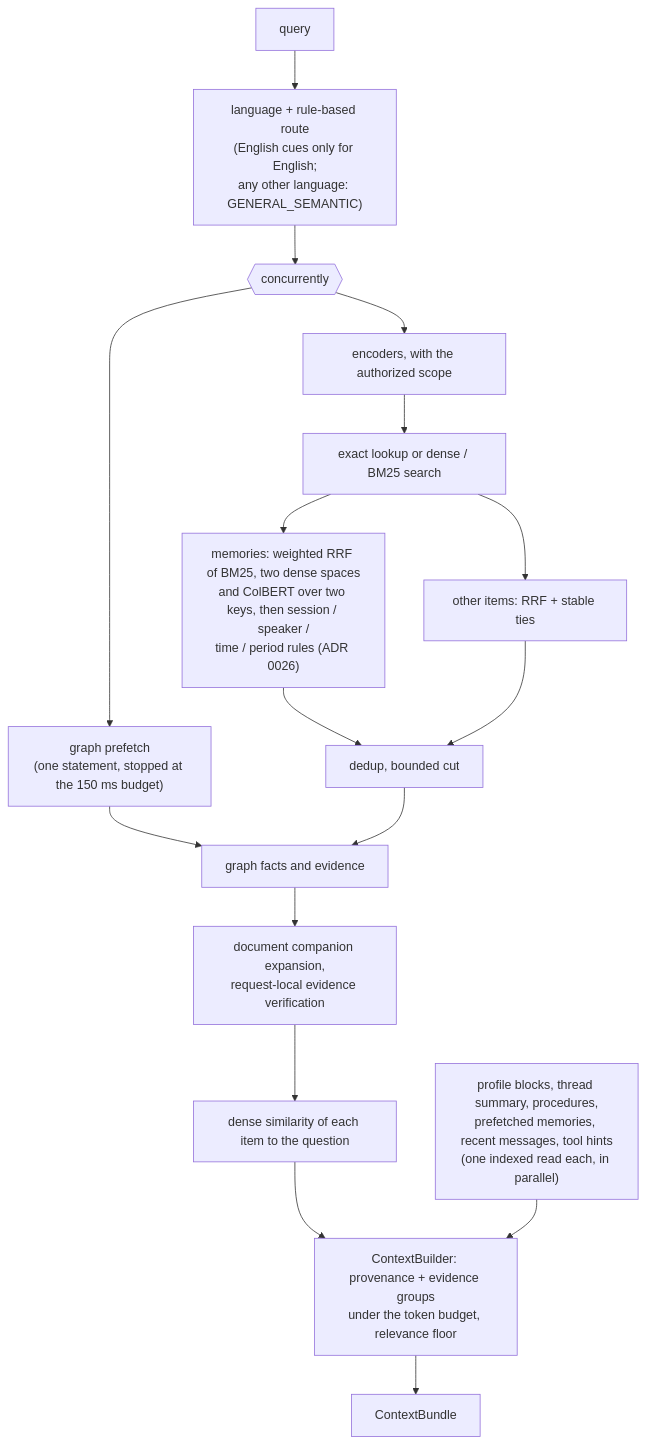
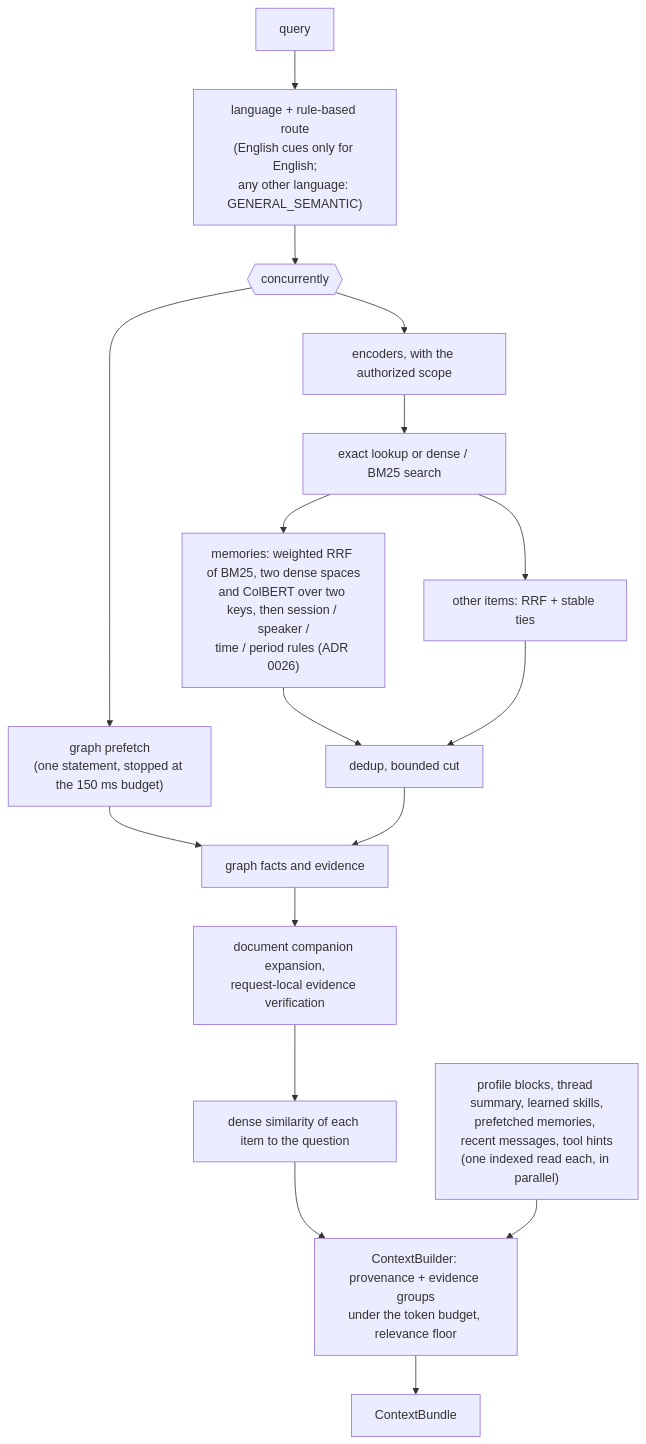
One commit to amitmohapatra/agent-memory-service changed the sixth of 10 diagrams in docs/ARCHITECTURE.md. Above: the diagram before and after it, drawn with Mermaid. The commit also changed other lines of this file and 48 other files, not shown here.

First line of the commit message:
Learned skills v2: per agent, in the context, /v1/skills

````diff
--- a/docs/ARCHITECTURE.md
+++ b/docs/ARCHITECTURE.md
@@ -167,19 +167,19 @@
 ```mermaid
 flowchart TB
   q[query] --> route["language + rule-based route<br/>(English cues only for English;<br/>any other language: GENERAL_SEMANTIC)"]
   route --> par{{"concurrently"}}
   par --> enc["encoders, with the authorized scope"]
   par --> gp["graph prefetch<br/>(one statement, stopped at the 150 ms budget)"]
   enc --> search["exact lookup or dense / BM25 search"]
   search --> mem["memories: weighted RRF of BM25, two dense spaces<br/>and ColBERT over two keys, then session / speaker /<br/>time / period rules (ADR 0026)"]
   search --> other["other items: RRF + stable ties"]
   mem --> cut[dedup, bounded cut]
   other --> cut
   gp --> gfx["graph facts and evidence"]
   cut --> gfx
   gfx --> comp["document companion expansion,<br/>request-local evidence verification"]
   comp --> sim["dense similarity of each item to the question"]
   sim --> pack["ContextBuilder: provenance + evidence groups<br/>under the token budget, relevance floor"]
-  side["profile blocks, thread summary, procedures,<br/>prefetched memories, recent messages, tool hints<br/>(one indexed read each, in parallel)"] --> pack
+  side["profile blocks, thread summary, learned skills,<br/>prefetched memories, recent messages, tool hints<br/>(one indexed read each, in parallel)"] --> pack
   pack --> bundle[ContextBundle]
 ```
````
